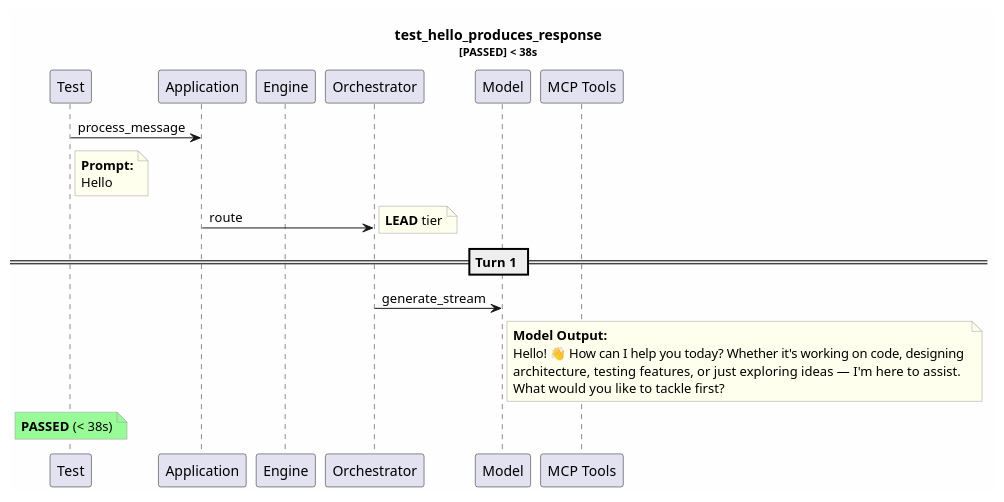
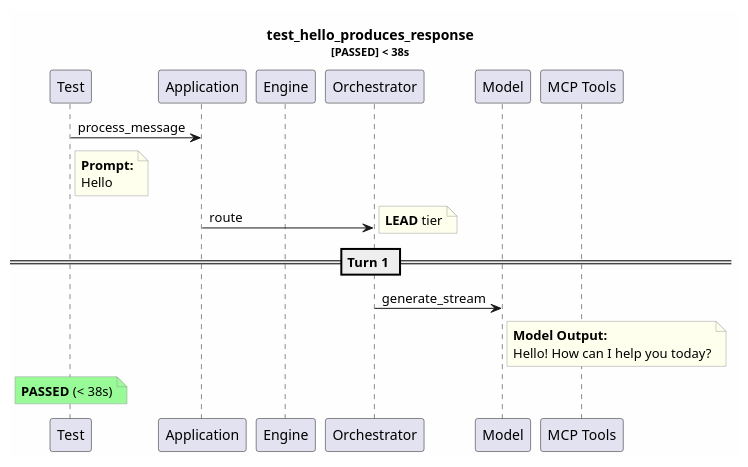
One commit to tvanfossen/entropic changed the diagram in test-reports/logs/test_hello_produces_response/test_hello_produces_response.puml. Above: the diagram before and after it, drawn with PlantUML. The commit also changed 12 other files, not shown here.

```diff
--- a/test-reports/logs/test_hello_produces_response/test_hello_produces_response.puml
+++ b/test-reports/logs/test_hello_produces_response/test_hello_produces_response.puml
@@ -1,33 +1,31 @@
 @startuml
 skinparam backgroundColor #FEFEFE
 skinparam noteBorderColor #999999
 skinparam noteBackgroundColor #FFFFEE
 title test_hello_produces_response\n<size:11>[PASSED] < 38s</size>
 
 participant "Test" as T
 participant "Application" as App
 participant "Engine" as Eng
 participant "Orchestrator" as Orch
 participant "Model" as Mdl
 participant "MCP Tools" as MCP
 
 T -> App: process_message
 note right of T
   **Prompt:**
   Hello
 end note
 App -> Orch: route
 note right: **LEAD** tier
 == Turn 1 ==
 Orch -> Mdl: generate_stream
 note right of Mdl
   **Model Output:**
-  Hello! 👋 How can I help you today? Whether it's working on code, designing 
-  architecture, testing features, or just exploring ideas — I'm here to assist. 
-  What would you like to tackle first?
+  Hello! How can I help you today?
 end note
 note over T #palegreen
   **PASSED** (< 38s)
 end note
 
 @enduml
```
